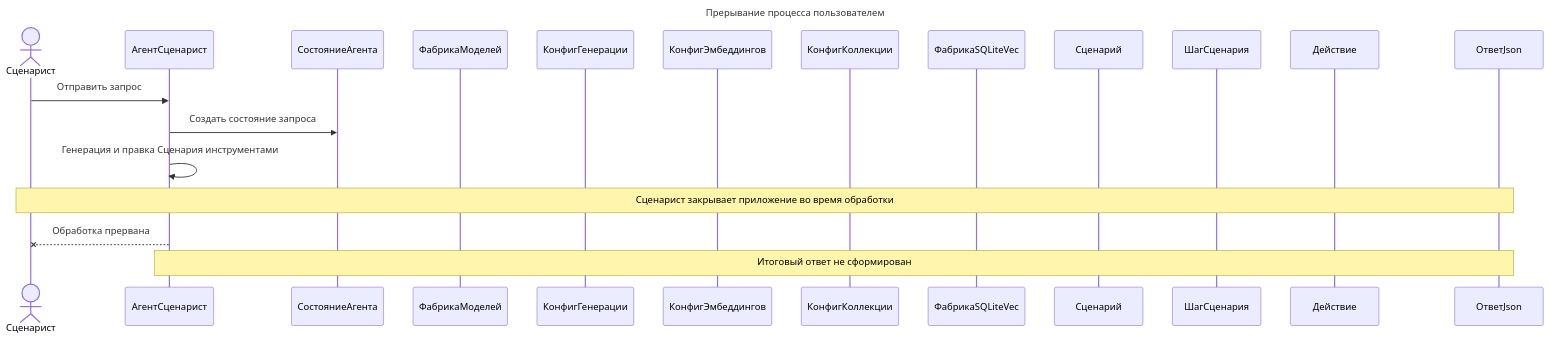
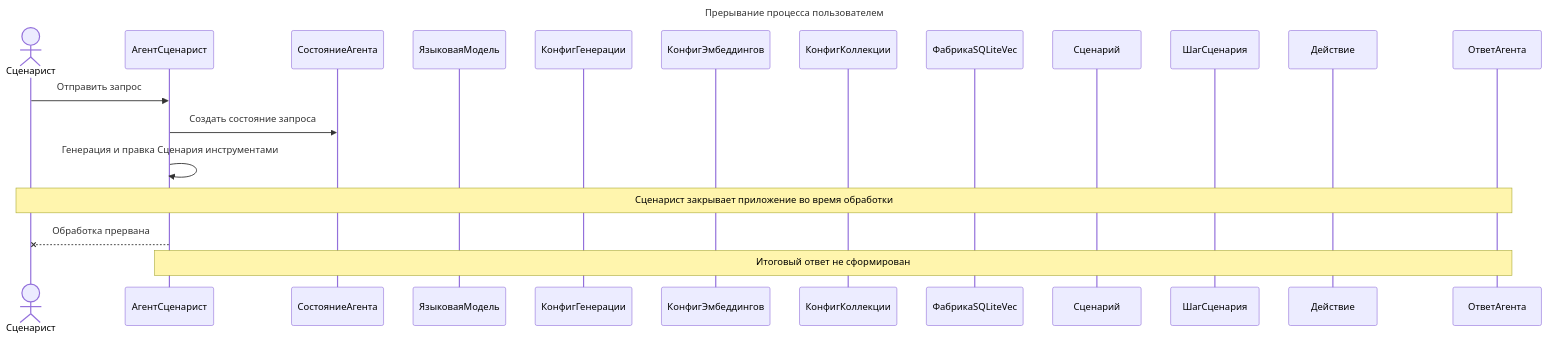
One commit to CHSU-scenarAIst/diagrammy changed the third of 3 diagrams in Пакет Обработка эмбеддингов/2. Диаграмма последовательностей взаимодействия объектов классов пакета.md. Above: the diagram before and after it, drawn with Mermaid. The commit also changed other lines of this file and 7 other files, not shown here.

````diff
--- a/Пакет Обработка эмбеддингов/2. Диаграмма последовательностей взаимодействия объектов классов пакета.md
+++ b/Пакет Обработка эмбеддингов/2. Диаграмма последовательностей взаимодействия объектов классов пакета.md
@@ -80,25 +80,25 @@
 ```mermaid
 ---
 title: Прерывание процесса пользователем
 ---
 sequenceDiagram
     actor Сценарист
     participant АгентСценарист
     participant СостояниеАгента
-    participant ФабрикаМоделей
+    participant ЯзыковаяМодель
     participant КонфигГенерации
     participant КонфигЭмбеддингов
     participant КонфигКоллекции
     participant ФабрикаSQLiteVec
     participant Сценарий
     participant ШагСценария
     participant Действие
-    participant ОтветJson
+    participant ОтветАгента
 
     Сценарист->>АгентСценарист: Отправить запрос
     АгентСценарист->>СостояниеАгента: Создать состояние запроса
     АгентСценарист->>АгентСценарист: Генерация и правка Сценария инструментами
-    Note over Сценарист,ОтветJson: Сценарист закрывает приложение во время обработки
+    Note over Сценарист,ОтветАгента: Сценарист закрывает приложение во время обработки
     АгентСценарист--xСценарист: Обработка прервана
-    Note over АгентСценарист,ОтветJson: Итоговый ответ не сформирован
+    Note over АгентСценарист,ОтветАгента: Итоговый ответ не сформирован
 ```
````
